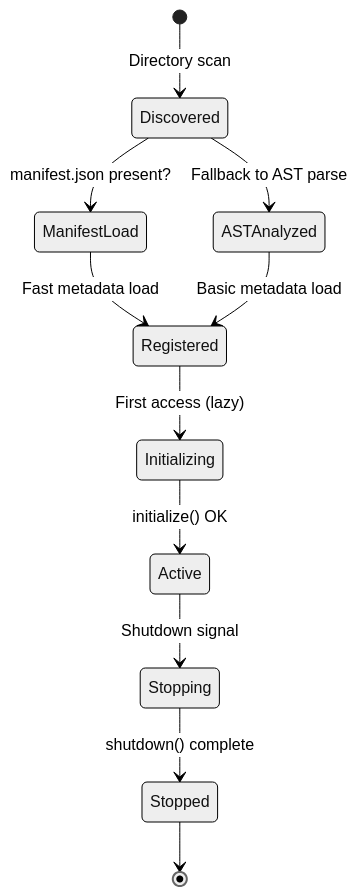
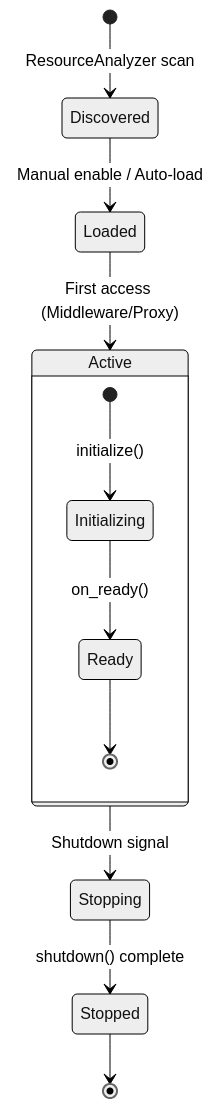
The second of 2 diagrams in mkdocs-site/docs/plugins/architecture.md (baselithcore/baselithcore), drawn with Mermaid (neutral theme) before and after one commit. The commit also changed other lines of this file and 3 other files, not shown here.

Commit message:
docs: update architecture documentation for multi-tenant isolation, lazy plugin activation, API key hashing, and lazy resource initialization.

````diff
--- a/mkdocs-site/docs/plugins/architecture.md
+++ b/mkdocs-site/docs/plugins/architecture.md
@@ -160,13 +166,15 @@
 ```mermaid
 stateDiagram-v2
-    [*] --> Discovered: Directory scan
-    Discovered --> ManifestLoad: manifest.json present?
-    ManifestLoad --> Registered: Fast metadata load
-    Discovered --> ASTAnalyzed: Fallback to AST parse
-    ASTAnalyzed --> Registered: Basic metadata load
-    Registered --> Initializing: First access (lazy)
-    Initializing --> Active: initialize() OK
+    [*] --> Discovered: ResourceAnalyzer scan
+    Discovered --> Loaded: Manual enable / Auto-load
+    Loaded --> Active: First access (Middleware/Proxy)
     Active --> Stopping: Shutdown signal
     Stopping --> Stopped: shutdown() complete
     Stopped --> [*]
+
+    state Active {
+        [*] --> Initializing: initialize()
+        Initializing --> Ready: on_ready()
+        Ready --> [*]
+    }
 ```
````
